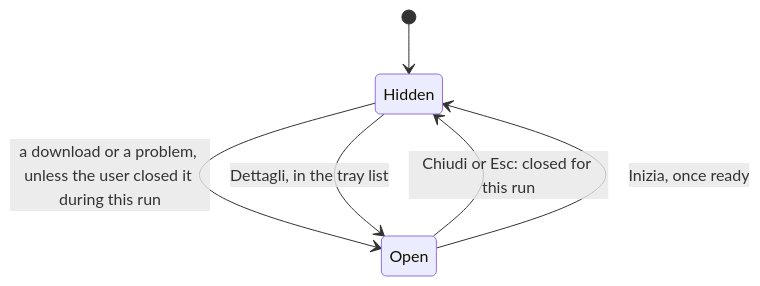
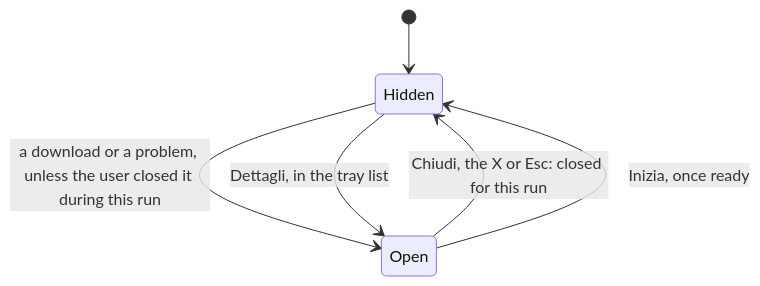
Before and after one commit to devfrx/jiffin: the diagram in docs/design/first-run.md, drawn with Mermaid. The commit also changed other lines of this file and 30 other files, not shown here.

````diff
--- a/docs/design/first-run.md
+++ b/docs/design/first-run.md
@@ -39,8 +39,8 @@
 ```mermaid
 stateDiagram-v2
     [*] --> Hidden
     Hidden --> Open : a download or a problem, unless the user closed it during this run
     Hidden --> Open : Dettagli, in the tray list
-    Open --> Hidden : Chiudi or Esc: closed for this run
+    Open --> Hidden : Chiudi, the X or Esc: closed for this run
     Open --> Hidden : Inizia, once ready
 ```
````
